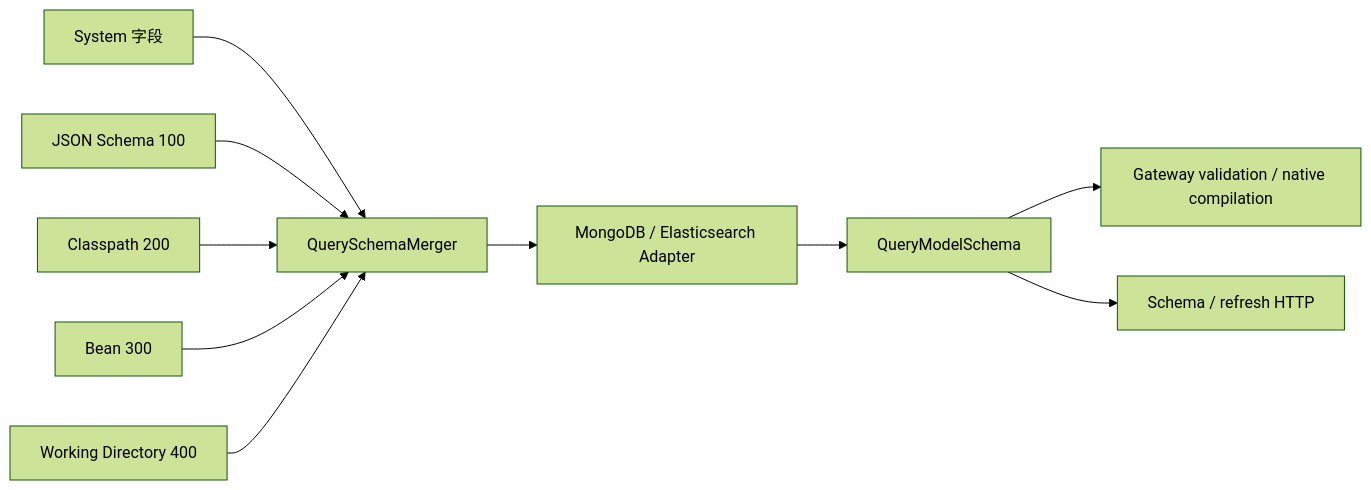
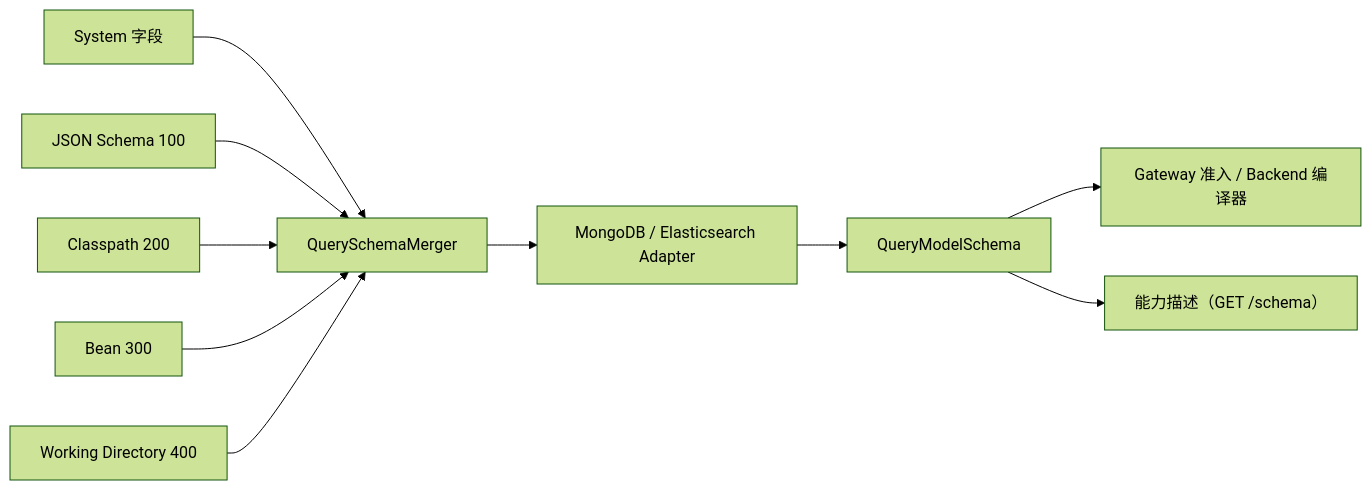
Before and after one commit to Ahoo-Wang/Wow: the diagram in documentation/docs/zh/guide/query/query-model-schema.md, drawn with Mermaid (forest theme). The commit also changed other lines of this file and 35 other files, not shown here.

Commit message:
docs(query): align query guides and skills with admission, AdmittedQuery primitives and schema revalidation (#3569)

````diff
--- a/documentation/docs/zh/guide/query/query-model-schema.md
+++ b/documentation/docs/zh/guide/query/query-model-schema.md
@@ -59,12 +59,12 @@
 ```mermaid
 flowchart LR
     System["System 字段"] --> Merger["QuerySchemaMerger"]
     Json["JSON Schema 100"] --> Merger
     Classpath["Classpath 200"] --> Merger
     Bean["Bean 300"] --> Merger
     Working["Working Directory 400"] --> Merger
     Merger --> Adapter["MongoDB / Elasticsearch Adapter"]
     Adapter --> Schema["QueryModelSchema"]
-    Schema --> Gateway["Gateway validation / native compilation"]
-    Schema --> HTTP["Schema / refresh HTTP"]
+    Schema --> Gateway["Gateway 准入 / Backend 编译器"]
+    Schema --> HTTP["能力描述（GET /schema）"]
 ```
````
